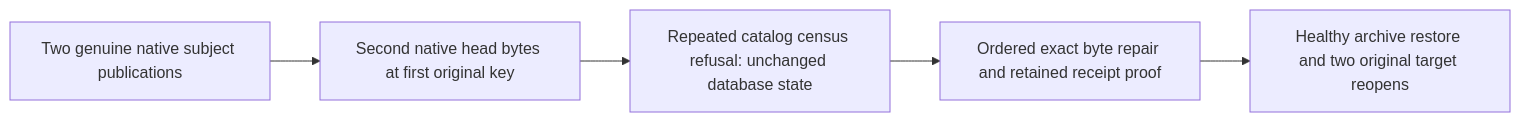
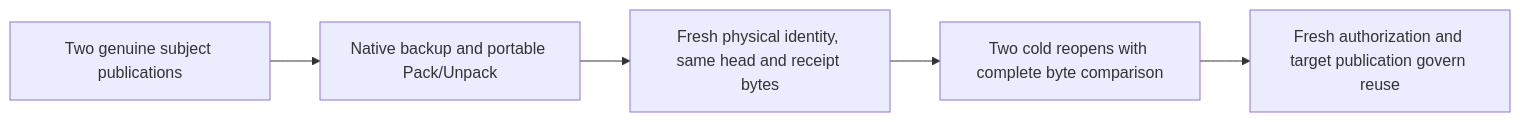
The third of 3 diagrams in docs/Features/Search/Bm25CorpusCurrent.md (managedcode/KeyLoad), drawn with Mermaid before and after one commit. The commit also changed other lines of this file and 1094 other files, not shown here.

````diff
--- a/docs/Features/Search/Bm25CorpusCurrent.md
+++ b/docs/Features/Search/Bm25CorpusCurrent.md
@@ -90,7 +90,7 @@
 ```mermaid
 flowchart LR
- P[Two genuine native subject publications] --> F[Second native head bytes at first original key]
- F --> R[Repeated catalog census refusal: unchanged database state]
- R --> E[Ordered exact byte repair and retained receipt proof]
- E --> B[Healthy archive restore and two original target reopens]
+ P[Two genuine subject publications] --> B[Native backup and portable Pack/Unpack]
+ B --> R[Fresh physical identity, same head and receipt bytes]
+ R --> C[Two cold reopens with complete byte comparison]
+ C --> E[Fresh authorization and target publication govern reuse]
 ```
````
